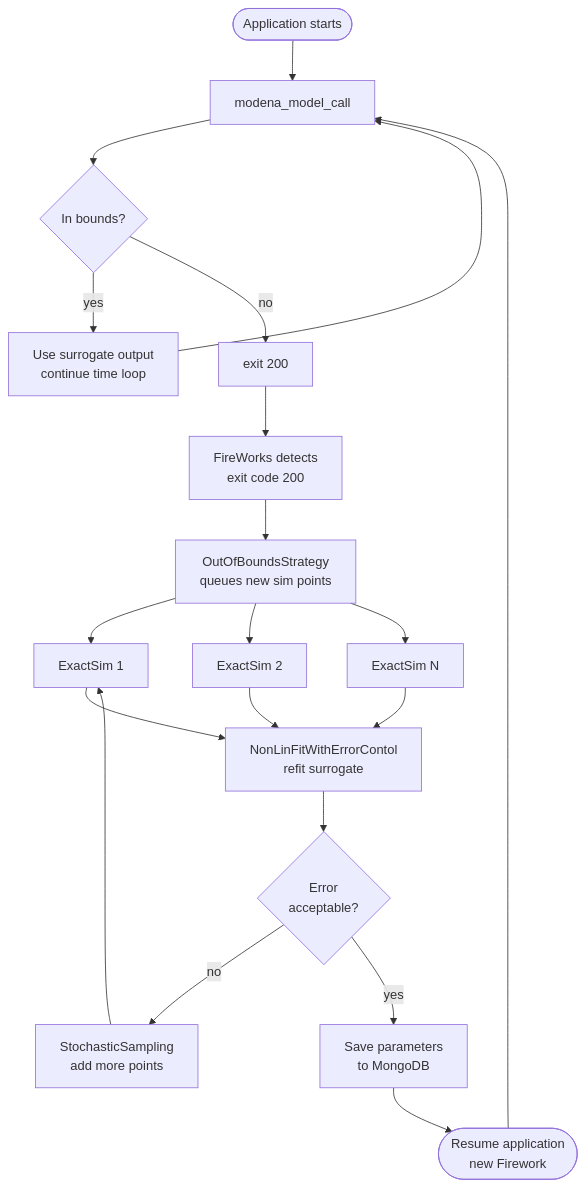
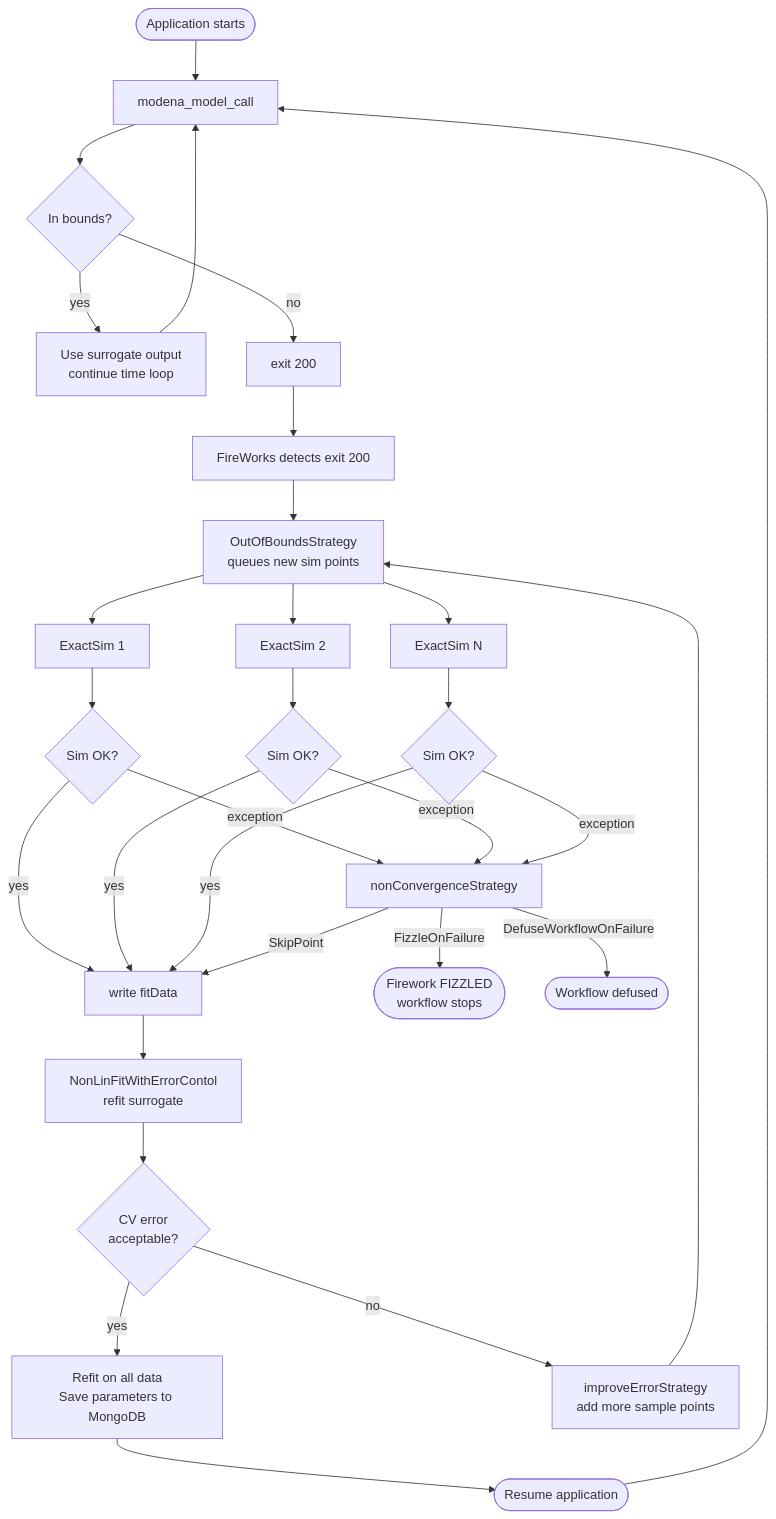
Before and after one commit to sigveka/MoDeNa2: the second of 6 diagrams in docs/architecture.md, drawn with Mermaid. The commit also changed other lines of this file and 1 other file, not shown here.

````diff
--- a/docs/architecture.md
+++ b/docs/architecture.md
@@ -43,21 +44,39 @@
 ```mermaid
 flowchart TD
     A([Application starts]) --> B[modena_model_call]
     B --> C{In bounds?}
     C -- yes --> D[Use surrogate output\ncontinue time loop]
     D --> B
+
     C -- no --> E[exit 200]
+    E --> F[FireWorks detects exit 200]
+    F --> G[OutOfBoundsStrategy\nqueues new sim points]
 
-    E --> F[FireWorks detects\nexit code 200]
-    F --> G[OutOfBoundsStrategy\nqueues new sim points]
     G --> H1[ExactSim 1]
     G --> H2[ExactSim 2]
     G --> H3[ExactSim N]
-    H1 & H2 & H3 --> I[NonLinFitWithErrorContol\nrefit surrogate]
-    I --> J{Error\nacceptable?}
-    J -- no --> K[StochasticSampling\nadd more points]
-    K --> H1
-    J -- yes --> L[Save parameters\nto MongoDB]
-    L --> M([Resume application\nnew Firework])
+
+    H1 --> sim1{Sim OK?}
+    H2 --> sim2{Sim OK?}
+    H3 --> sim3{Sim OK?}
+
+    sim1 -- yes --> R[write fitData]
+    sim2 -- yes --> R
+    sim3 -- yes --> R
+    sim1 -- exception --> NC[nonConvergenceStrategy]
+    sim2 -- exception --> NC
+    sim3 -- exception --> NC
+
+    NC -- SkipPoint --> R
+    NC -- FizzleOnFailure --> FIZZLE([Firework FIZZLED\nworkflow stops])
+    NC -- DefuseWorkflowOnFailure --> DEFUSE([Workflow defused])
+
+    R --> I[NonLinFitWithErrorContol\nrefit surrogate]
+    I --> J{CV error\nacceptable?}
+    J -- yes --> L[Refit on all data\nSave parameters to MongoDB]
+    J -- no --> K[improveErrorStrategy\nadd more sample points]
+    K --> G
+
+    L --> M([Resume application])
     M --> B
 ```
````
